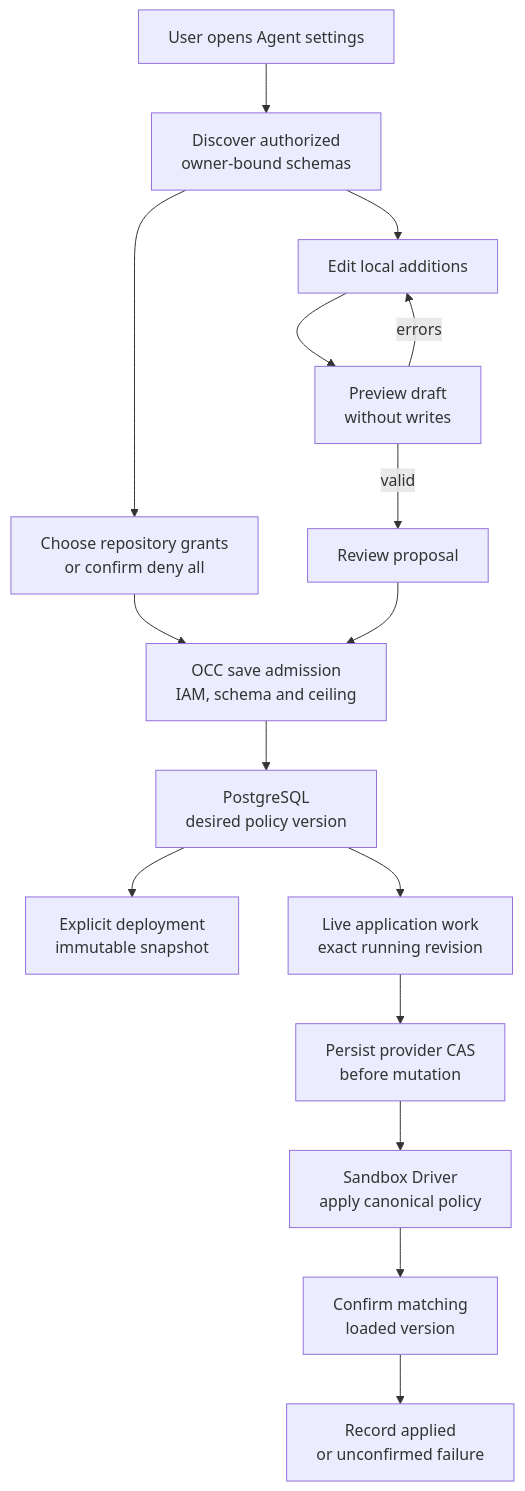
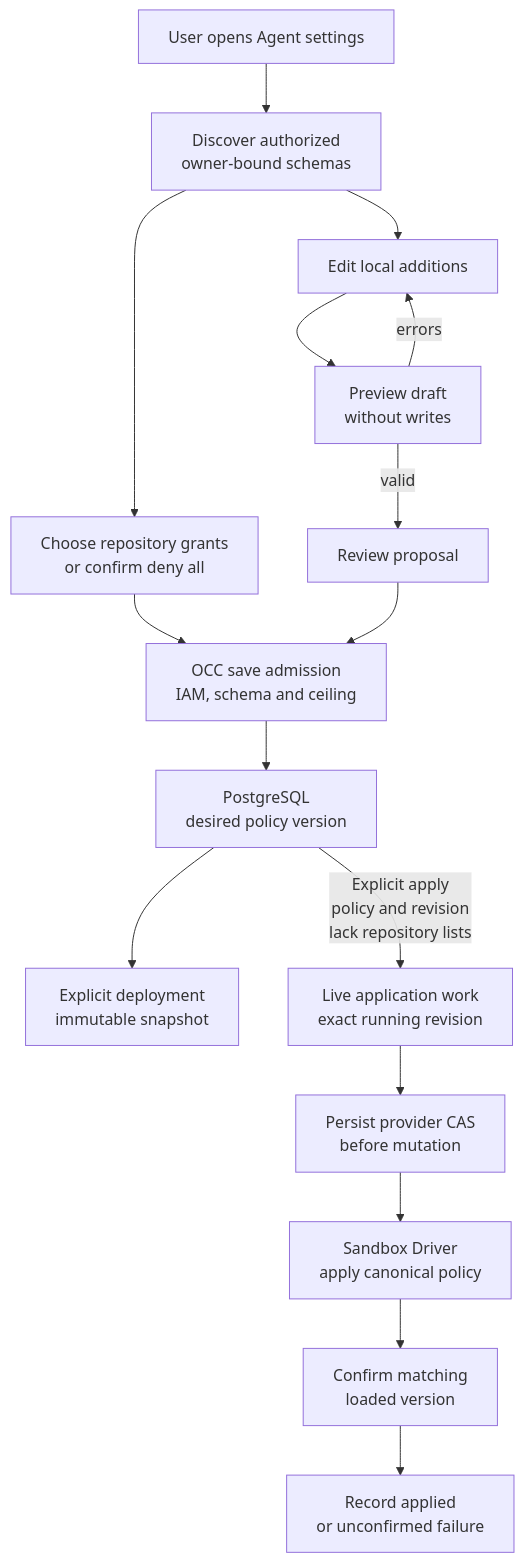
The diagram in docs/flows/agent-sandbox-policy.md (openclaw/openclaw-enterprise), drawn with Mermaid before and after one commit. The commit also changed other lines of this file, not shown here.

Commit message:
docs: distinguish sandbox policy saves from deployment and live apply

````diff
--- a/docs/flows/agent-sandbox-policy.md
+++ b/docs/flows/agent-sandbox-policy.md
@@ -24,18 +24,18 @@
 ```mermaid
 graph TD
   U["User opens Agent settings"] --> Cfg["Discover authorized<br/>owner-bound schemas"]
   Cfg --> Draft["Edit local additions"]
   Draft --> Preview["Preview draft<br/>without writes"]
   Preview -->|errors| Draft
   Preview -->|valid| U2["Review proposal"]
   Cfg --> Grants["Choose repository grants<br/>or confirm deny all"]
   Grants --> A
   U2 --> A["OCC save admission<br/>IAM, schema and ceiling"]
   A --> P["PostgreSQL<br/>desired policy version"]
   P --> D["Explicit deployment<br/>immutable snapshot"]
-  P --> W["Live application work<br/>exact running revision"]
+  P -->|"Explicit apply<br/>policy and revision<br/>lack repository lists"| W["Live application work<br/>exact running revision"]
   W --> C["Persist provider CAS<br/>before mutation"]
   C --> S["Sandbox Driver<br/>apply canonical policy"]
   S --> V["Confirm matching<br/>loaded version"]
   V --> R["Record applied<br/>or unconfirmed failure"]
 ```
````
